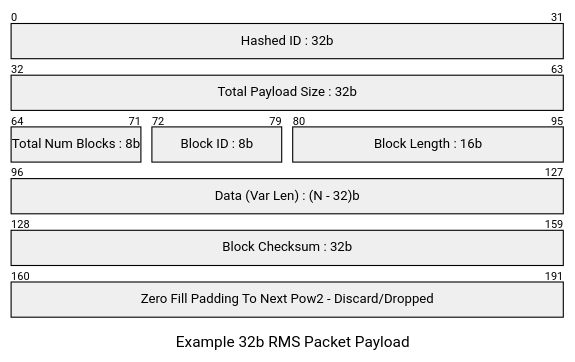
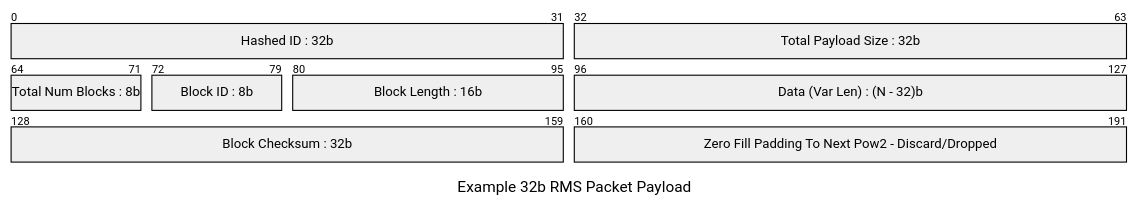
The fifth of 7 diagrams in README.md (Rackhamn/iot_arch_project1), drawn with Mermaid before and after one commit.

Commit message:
Set 32b bitWidth to 64 - Easier to read

````diff
--- a/README.md
+++ b/README.md
@@ -232,22 +232,22 @@
 ```mermaid
 ---
 title: "Example 32b RMS Packet Payload"
 config:
     packet:
         rowHeight: 32
         bitWidth: 16
-        bitsPerRow: 32
+        bitsPerRow: 64
         showBits: true
         paddingX: 10
         paddingY: 5
 ---
  packet-beta
     0-31: "Hashed ID : 32b"
     32-63: "Total Payload Size : 32b" 
     64-71: "Total Num Blocks : 8b"
     72-79: "Block ID : 8b"
     80-95: "Block Length : 16b"
     96-127: "Data (Var Len) : (N - 32)b"
     128-159: "Block Checksum : 32b"
     160-191: "Zero Fill Padding To Next Pow2 - Discard/Dropped"
 ```
````
